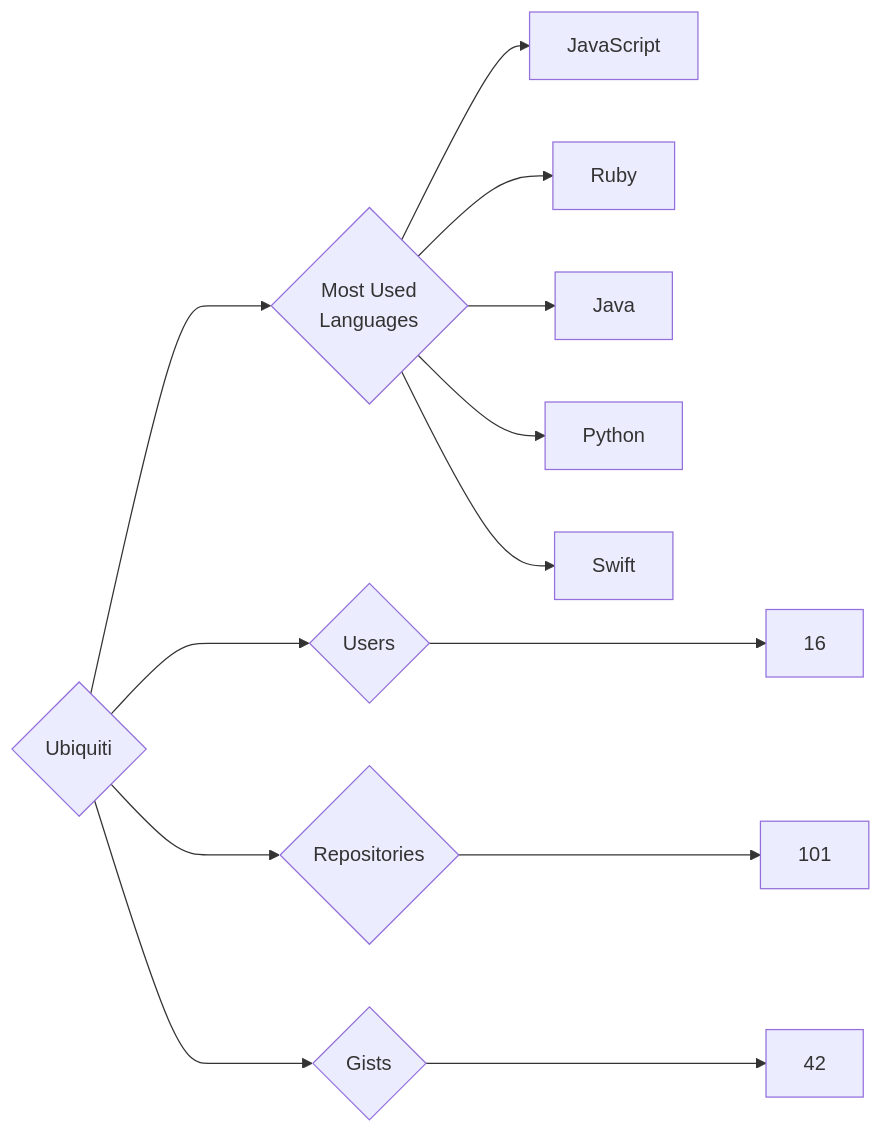
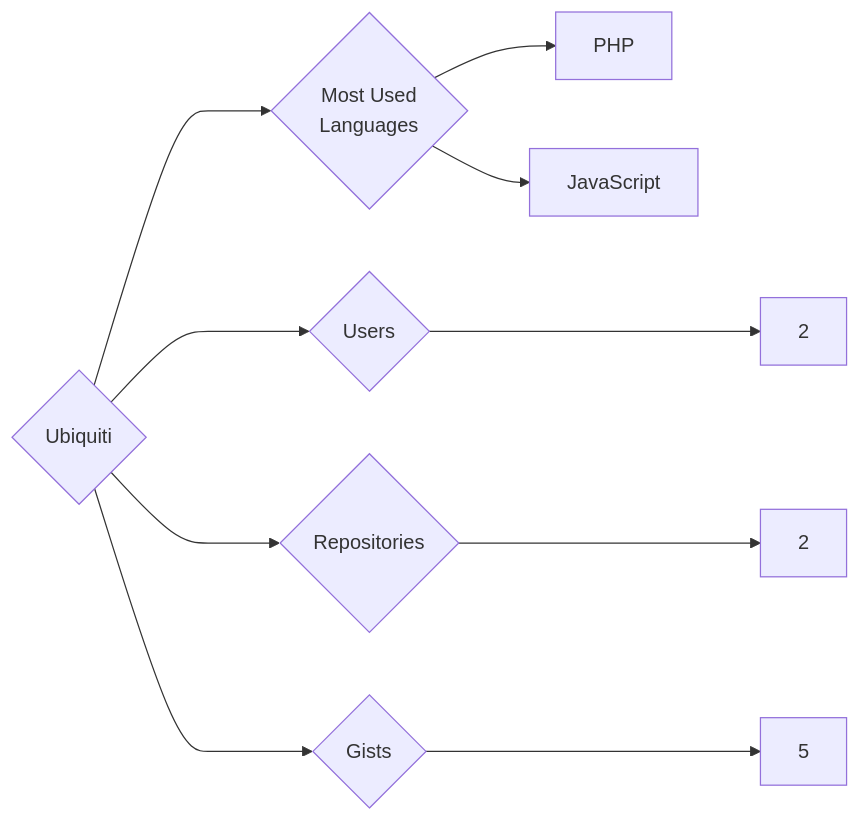
One commit to trickest/insiders changed the diagram in targets/Ubiquiti/README.md. Above: the diagram before and after it, drawn with Mermaid. The commit also changed 912 other files, not shown here.

````diff
--- a/targets/Ubiquiti/README.md
+++ b/targets/Ubiquiti/README.md
@@ -3,13 +3,10 @@
 ```mermaid
 graph LR
 COMPANY_NAME{Ubiquiti}
-COMPANY_NAME ---> U{Users} ---> UN[16]
-COMPANY_NAME ---> R{Repositories} ---> RN[101]
-COMPANY_NAME ---> G{Gists} ---> GN[42]
+COMPANY_NAME ---> U{Users} ---> UN[2]
+COMPANY_NAME ---> R{Repositories} ---> RN[2]
+COMPANY_NAME ---> G{Gists} ---> GN[5]
 COMPANY_NAME ---> ML{Most Used<br>Languages}
+ML --> PHP[PHP]
 ML --> JavaScript[JavaScript]
-ML --> Ruby[Ruby]
-ML --> Java[Java]
-ML --> Python[Python]
-ML --> Swift[Swift]
 ```
````
